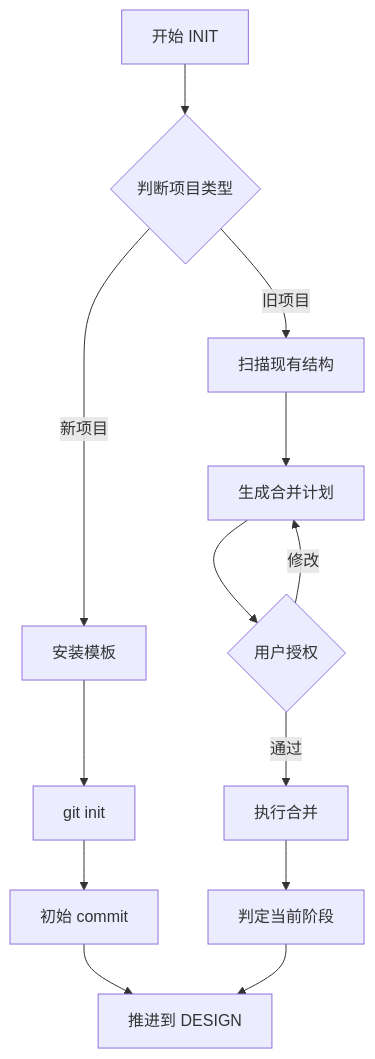
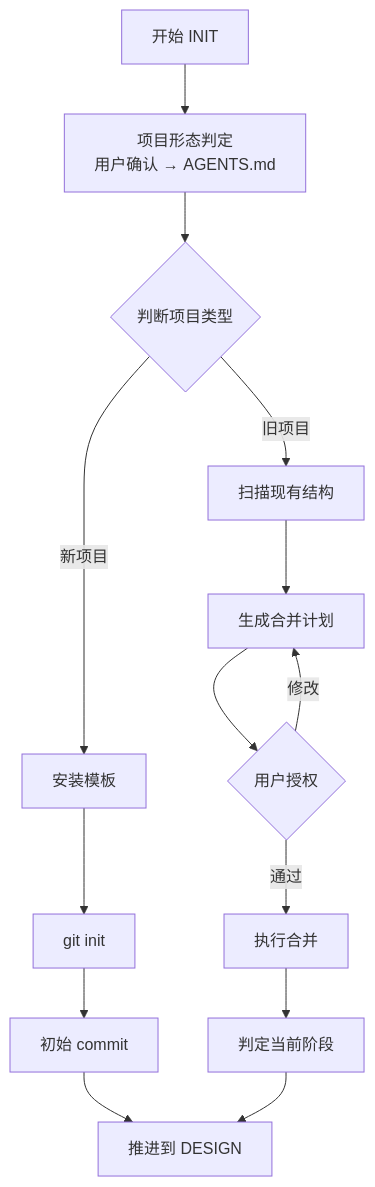
The diagram in skills/devloop/references/phase-init.md (vlln/devloop), drawn with Mermaid before and after one commit. The commit also changed other lines of this file and 8 other files, not shown here.

````diff
--- a/skills/devloop/references/phase-init.md
+++ b/skills/devloop/references/phase-init.md
@@ -7,15 +7,15 @@
 ```mermaid
 flowchart TD
-    A[开始 INIT] --> B{判断项目类型}
+    A[开始 INIT] --> M[项目形态判定<br/>用户确认 → AGENTS.md] --> B{判断项目类型}
     B -->|新项目| C[安装模板]
     C --> D[git init]
     D --> E[初始 commit]
     E --> F[推进到 DESIGN]
     B -->|旧项目| G[扫描现有结构]
     G --> H[生成合并计划]
     H --> I{用户授权}
     I -->|通过| J[执行合并]
     I -->|修改| H
     J --> K[判定当前阶段]
     K --> F
 ```
````
